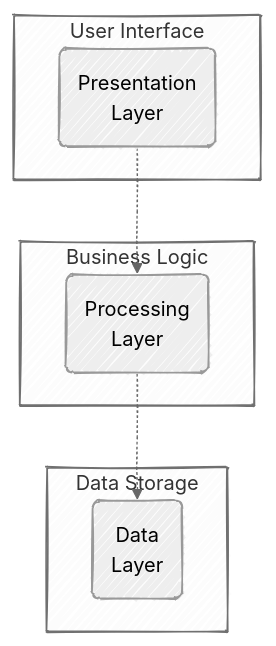
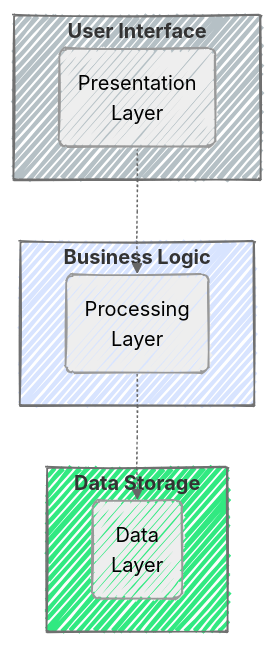
One commit to mjfrigaard/do4ds-labs changed the first of 5 diagrams in lab2.qmd. Above: the diagram before and after it, drawn with Mermaid. The commit also changed other lines of this file and 38 other files, not shown here.

````diff
--- a/lab2.qmd
+++ b/lab2.qmd
@@ -57,19 +57,25 @@
 ```{mermaid}
 %%| fig-align: center
 %%{init: {'theme': 'neutral', 'look': 'handDrawn', 'themeVariables': { 'fontFamily': 'monospace', "fontSize":"16px"}}}%%
 flowchart TD
     Present("Presentation<br>Layer") -.-> Process("Processing<br>Layer")
     Process -.-> Data("Data<br>Layer")
     
-    subgraph UI["User Interface"]
+    subgraph UI["<strong>User Interface</strong>"]
         Present
     end
     
-    subgraph BL["Business Logic"]
+    subgraph BL["<strong>Business Logic</strong>"]
         Process
     end
     
-    subgraph DS["Data Storage"]
+    subgraph DS["<strong>Data Storage</strong>"]
         Data
     end
+    
+    %% #b5c0c5 is a tint of #6b818c
+    style UI fill:#b5c0c5 
+    style BL fill:#d8e4ff
+    style DS fill:#31e981
+    
 ```
````
